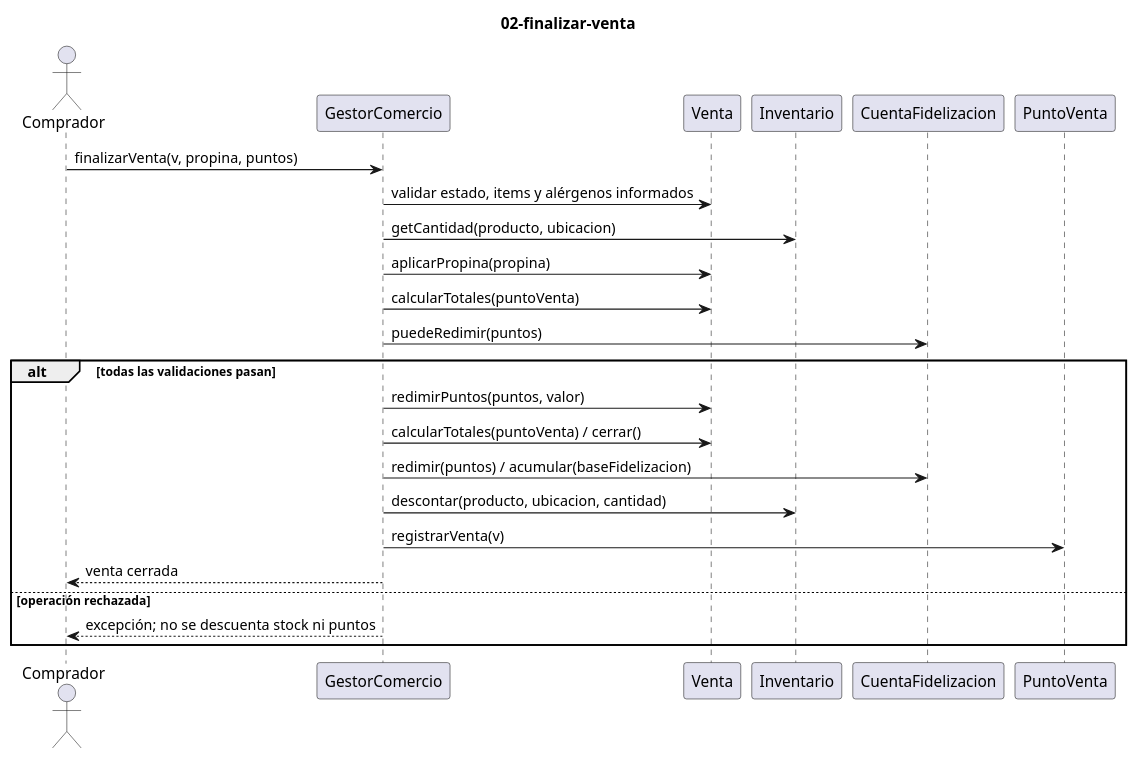
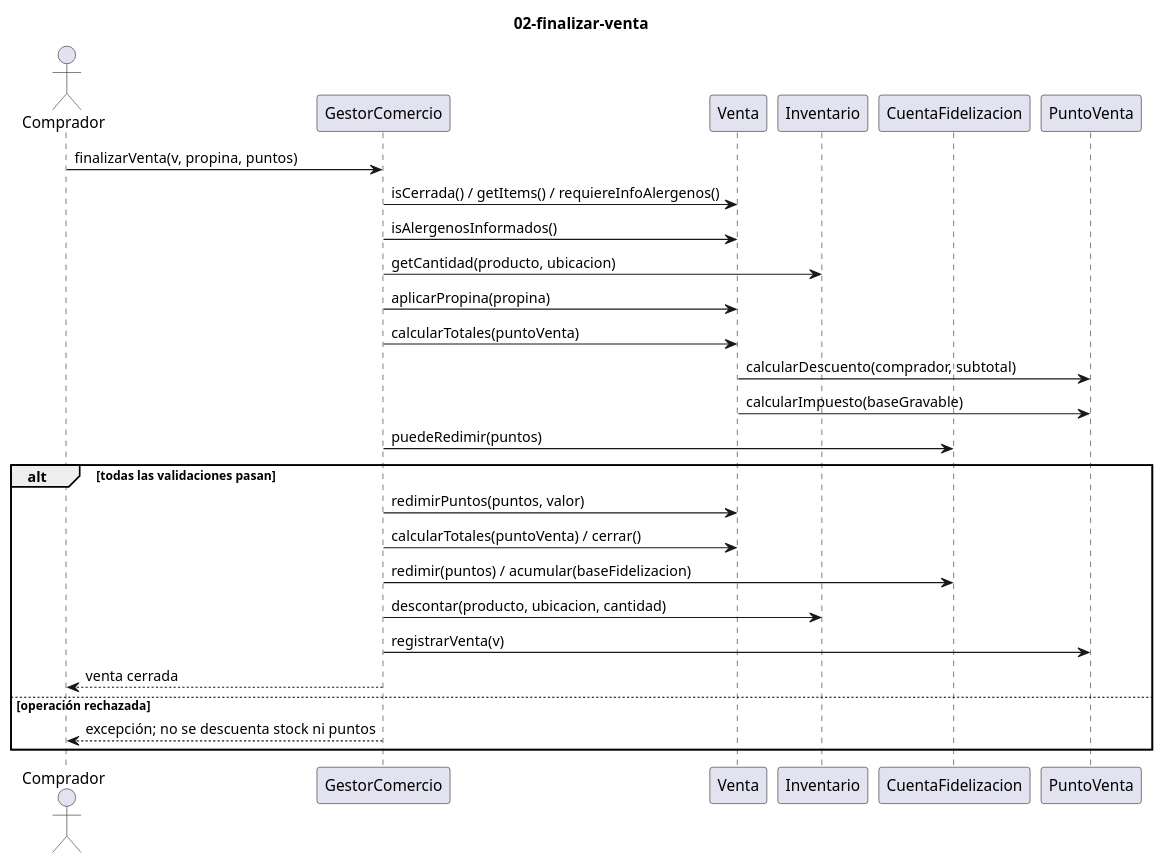
The diagram in Proyecto 1/Entrega 2/documentacion/diagramas/secuencia-02-finalizar-venta.puml (scasta06/Proyecto-1), drawn with PlantUML before and after one commit. The commit also changed 105 other files, not shown here.

```diff
--- a/Proyecto 1/Entrega 2/documentacion/diagramas/secuencia-02-finalizar-venta.puml
+++ b/Proyecto 1/Entrega 2/documentacion/diagramas/secuencia-02-finalizar-venta.puml
@@ -1,25 +1,28 @@
 @startuml
 title 02-finalizar-venta
 actor Comprador
 participant GestorComercio as G
 participant Venta as V
 participant Inventario as I
 participant CuentaFidelizacion as C
 participant PuntoVenta as P
 Comprador -> G: finalizarVenta(v, propina, puntos)
-G -> V: validar estado, items y alérgenos informados
+G -> V: isCerrada() / getItems() / requiereInfoAlergenos()
+G -> V: isAlergenosInformados()
 G -> I: getCantidad(producto, ubicacion)
 G -> V: aplicarPropina(propina)
 G -> V: calcularTotales(puntoVenta)
+V -> P: calcularDescuento(comprador, subtotal)
+V -> P: calcularImpuesto(baseGravable)
 G -> C: puedeRedimir(puntos)
 alt todas las validaciones pasan
 G -> V: redimirPuntos(puntos, valor)
 G -> V: calcularTotales(puntoVenta) / cerrar()
 G -> C: redimir(puntos) / acumular(baseFidelizacion)
 G -> I: descontar(producto, ubicacion, cantidad)
 G -> P: registrarVenta(v)
 G --> Comprador: venta cerrada
 else operación rechazada
 G --> Comprador: excepción; no se descuenta stock ni puntos
 end
 @enduml
```
